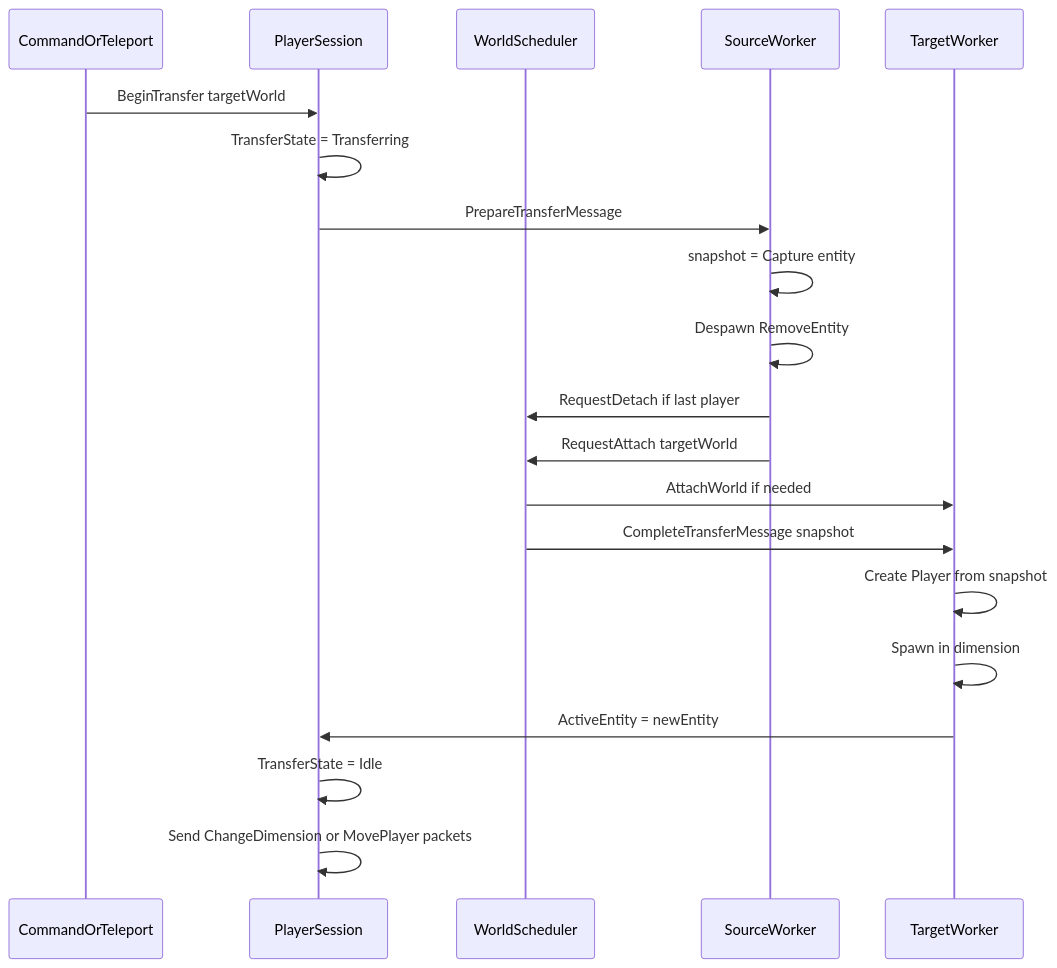
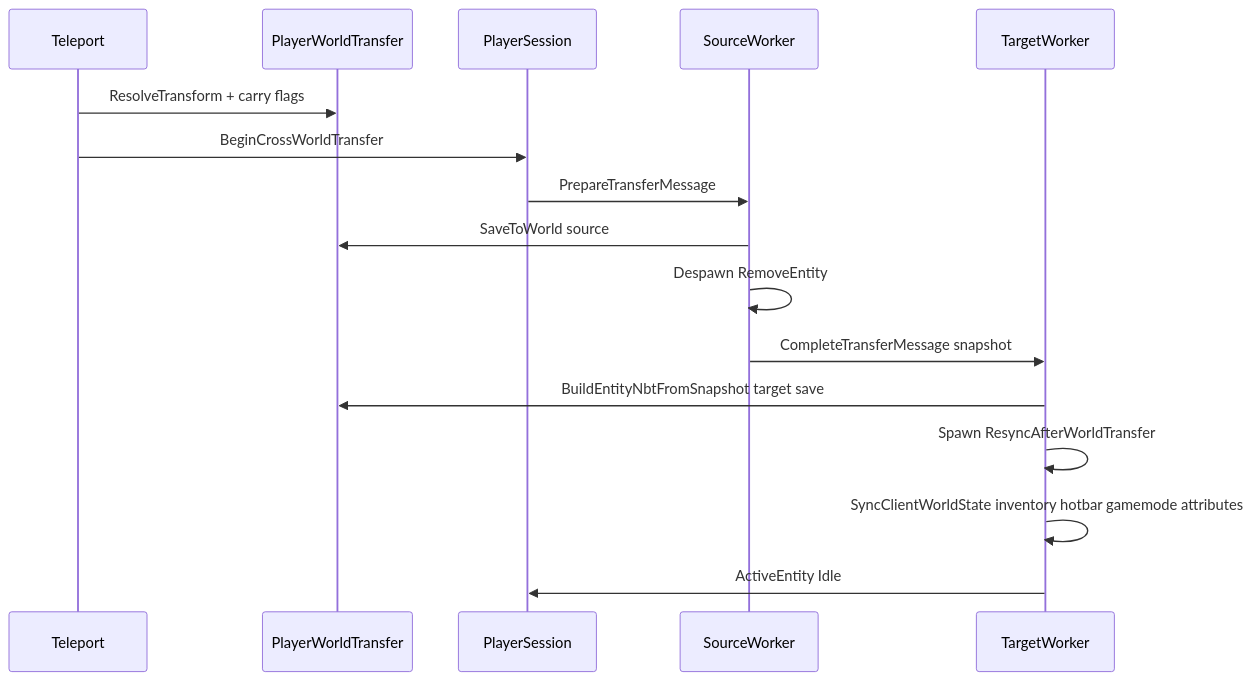
Before and after one commit to yPerfectBR/Basalt: the second of 2 diagrams in docs/architecture/world-scheduler/07-cross-worker-transfer.md, drawn with Mermaid. The commit also changed other lines of this file and 3 other files, not shown here.

First line of the commit message:
docs(scheduling): document per-world player state and transfer sync

````diff
--- a/docs/architecture/world-scheduler/07-cross-worker-transfer.md
+++ b/docs/architecture/world-scheduler/07-cross-worker-transfer.md
@@ -63,23 +95,19 @@
 ```mermaid
 sequenceDiagram
-    participant Cmd as CommandOrTeleport
+    participant Cmd as Teleport
+    participant PWT as PlayerWorldTransfer
     participant S as PlayerSession
-    participant Sch as WorldScheduler
     participant Src as SourceWorker
     participant Dst as TargetWorker
 
-    Cmd->>S: BeginTransfer targetWorld
-    S->>S: TransferState = Transferring
+    Cmd->>PWT: ResolveTransform + carry flags
+    Cmd->>S: BeginCrossWorldTransfer
     S->>Src: PrepareTransferMessage
-    Src->>Src: snapshot = Capture entity
+    Src->>PWT: SaveToWorld source
     Src->>Src: Despawn RemoveEntity
-    Src->>Sch: RequestDetach if last player
-    Src->>Sch: RequestAttach targetWorld
-    Sch->>Dst: AttachWorld if needed
-    Sch->>Dst: CompleteTransferMessage snapshot
-    Dst->>Dst: Create Player from snapshot
-    Dst->>Dst: Spawn in dimension
-    Dst->>S: ActiveEntity = newEntity
-    S->>S: TransferState = Idle
-    S->>S: Send ChangeDimension or MovePlayer packets
+    Src->>Dst: CompleteTransferMessage snapshot
+    Dst->>PWT: BuildEntityNbtFromSnapshot target save
+    Dst->>Dst: Spawn ResyncAfterWorldTransfer
+    Dst->>Dst: SyncClientWorldState inventory hotbar gamemode attributes
+    Dst->>S: ActiveEntity Idle
 ```
````
